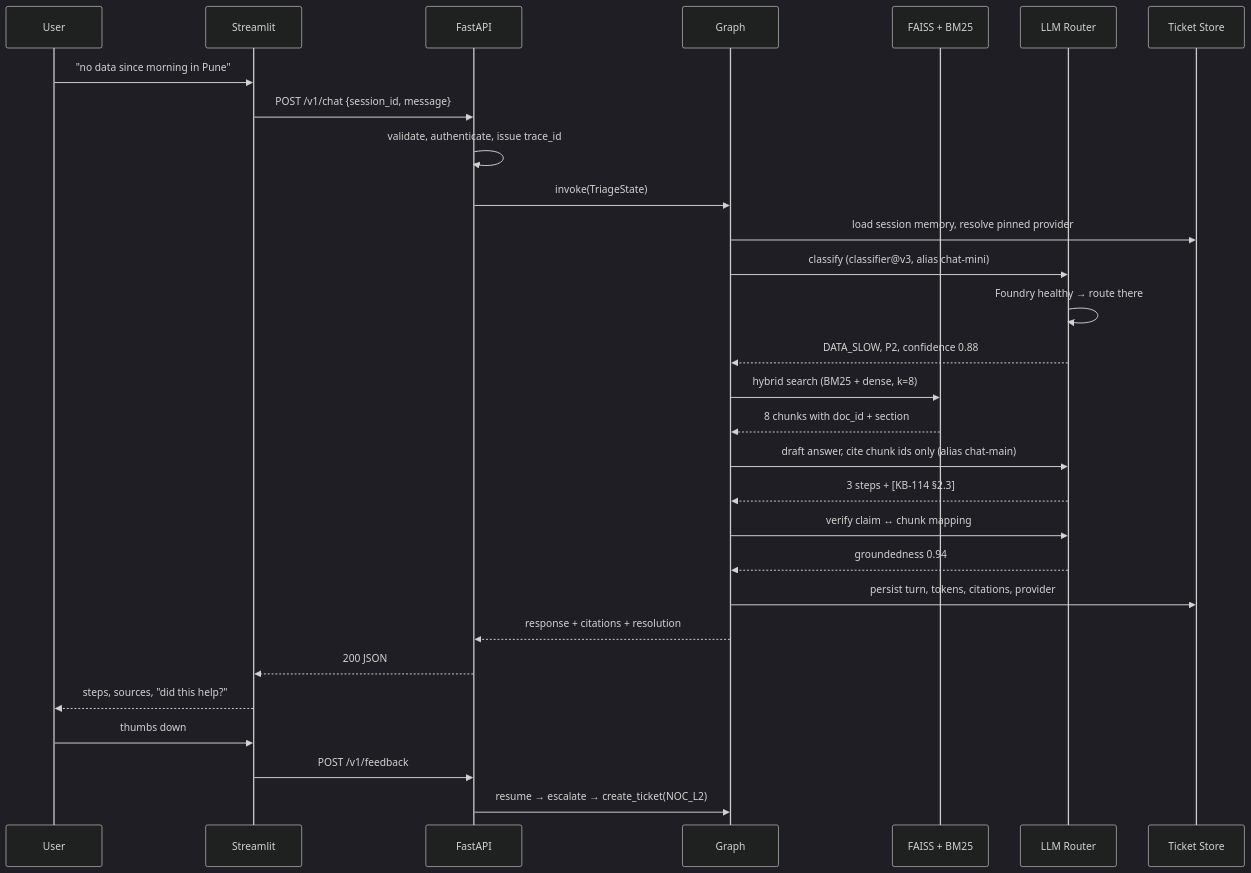
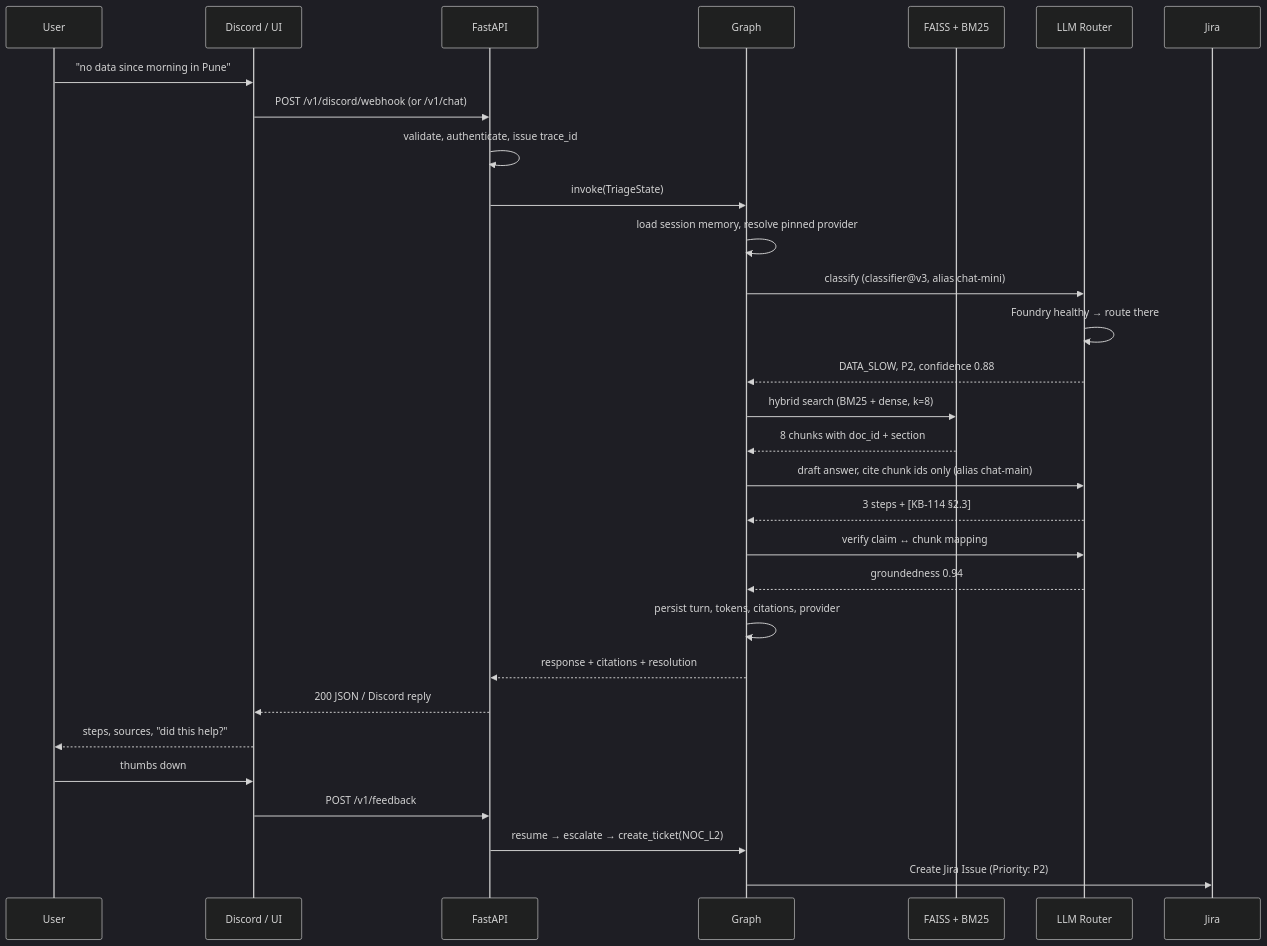
The fourth of 5 diagrams in README.md (NGAtoFDE/Telecom-Support-Agent), drawn with Mermaid (dark theme) before and after one commit. The commit also changed other lines of this file and 225 other files, not shown here.

````diff
--- a/README.md
+++ b/README.md
@@ -295,32 +298,33 @@
 ```mermaid
 sequenceDiagram
     participant U as User
-    participant S as Streamlit
+    participant D as Discord / UI
     participant A as FastAPI
     participant G as Graph
     participant V as FAISS + BM25
     participant L as LLM Router
-    participant D as Ticket Store
+    participant J as Jira
 
-    U->>S: "no data since morning in Pune"
-    S->>A: POST /v1/chat {session_id, message}
+    U->>D: "no data since morning in Pune"
+    D->>A: POST /v1/discord/webhook (or /v1/chat)
     A->>A: validate, authenticate, issue trace_id
     A->>G: invoke(TriageState)
-    G->>D: load session memory, resolve pinned provider
+    G->>G: load session memory, resolve pinned provider
     G->>L: classify (classifier@v3, alias chat-mini)
     L->>L: Foundry healthy → route there
     L-->>G: DATA_SLOW, P2, confidence 0.88
     G->>V: hybrid search (BM25 + dense, k=8)
     V-->>G: 8 chunks with doc_id + section
     G->>L: draft answer, cite chunk ids only (alias chat-main)
     L-->>G: 3 steps + [KB-114 §2.3]
     G->>L: verify claim ↔ chunk mapping
     L-->>G: groundedness 0.94
-    G->>D: persist turn, tokens, citations, provider
+    G->>G: persist turn, tokens, citations, provider
     G-->>A: response + citations + resolution
-    A-->>S: 200 JSON
-    S-->>U: steps, sources, "did this help?"
-    U->>S: thumbs down
-    S->>A: POST /v1/feedback
+    A-->>D: 200 JSON / Discord reply
+    D-->>U: steps, sources, "did this help?"
+    U->>D: thumbs down
+    D->>A: POST /v1/feedback
     A->>G: resume → escalate → create_ticket(NOC_L2)
+    G->>J: Create Jira Issue (Priority: P2)
 ```
````
